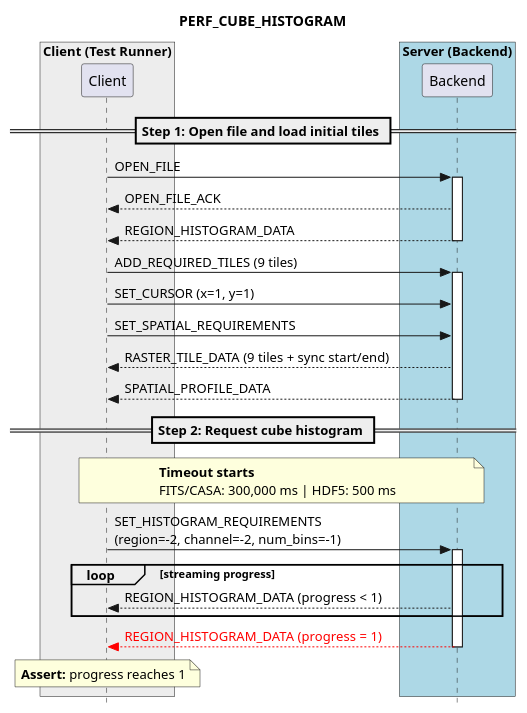
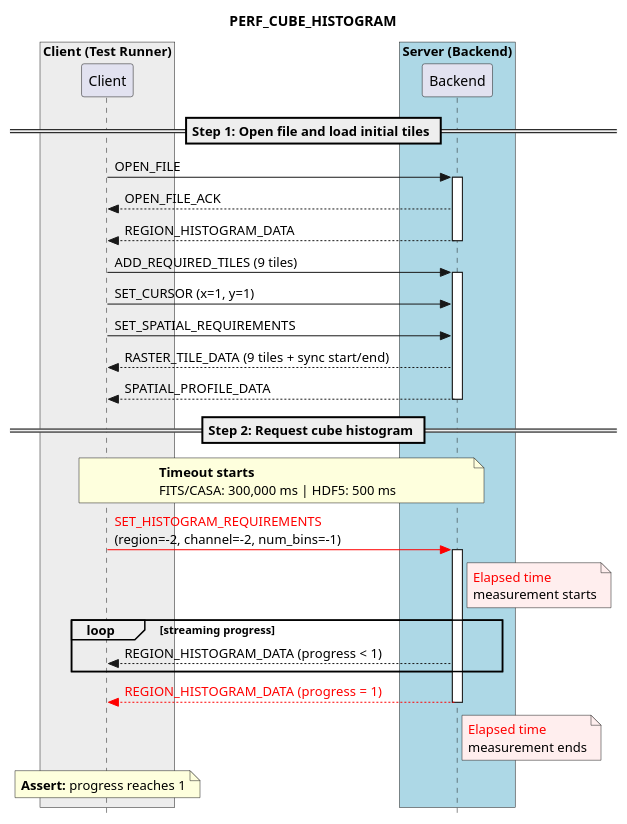
One commit to CARTAvis/ICD-RxJS changed the sixth of 9 diagrams in docs/source/performance.rst. Above: the diagram before and after it, drawn with PlantUML. The commit also changed other lines of this file, not shown here.

Commit message:
Add elapsed time measurement markers to PERF_LOAD_IMAGE and PERF_CUBE_HISTOGRAM diagrams

```diff
--- a/docs/source/performance.rst
+++ b/docs/source/performance.rst
@@ -521,48 +535,59 @@
 .. uml::
 
     skinparam style strictuml
     hide footbox
     title PERF_CUBE_HISTOGRAM
 
     box "Client (Test Runner)" #EDEDED
         participant Client
     end box
 
     box "Server (Backend)" #lightblue
         participant Backend
     end box
 
     == Step 1: Open file and load initial tiles ==
 
     Client -> Backend : OPEN_FILE
     activate Backend
     Client <-- Backend : OPEN_FILE_ACK
     Client <-- Backend : REGION_HISTOGRAM_DATA
     deactivate Backend
 
     Client -> Backend : ADD_REQUIRED_TILES (9 tiles)
     activate Backend
     Client -> Backend : SET_CURSOR (x=1, y=1)
     Client -> Backend : SET_SPATIAL_REQUIREMENTS
     Client <-- Backend : RASTER_TILE_DATA (9 tiles + sync start/end)
     Client <-- Backend : SPATIAL_PROFILE_DATA
     deactivate Backend
 
     == Step 2: Request cube histogram ==
 
     note over Client, Backend
         **Timeout starts**
         FITS/CASA: 300,000 ms | HDF5: 500 ms
     end note
 
-    Client -> Backend : SET_HISTOGRAM_REQUIREMENTS\n(region=-2, channel=-2, num_bins=-1)
+    Client -[#red]> Backend : <font color="red">SET_HISTOGRAM_REQUIREMENTS</font>\n(region=-2, channel=-2, num_bins=-1)
     activate Backend
+
+    note right of Backend #FFEEEE
+        <font color="red">Elapsed time
+        measurement starts
+    end note
+
     loop streaming progress
         Client <-- Backend : REGION_HISTOGRAM_DATA (progress < 1)
     end
     Client <--[#red] Backend : <font color="red">REGION_HISTOGRAM_DATA (progress = 1)</font>
     deactivate Backend
 
+    note right of Backend #FFEEEE
+        <font color="red">Elapsed time
+        measurement ends
+    end note
+
     note over Client
         **Assert:** progress reaches 1
     end note
```
